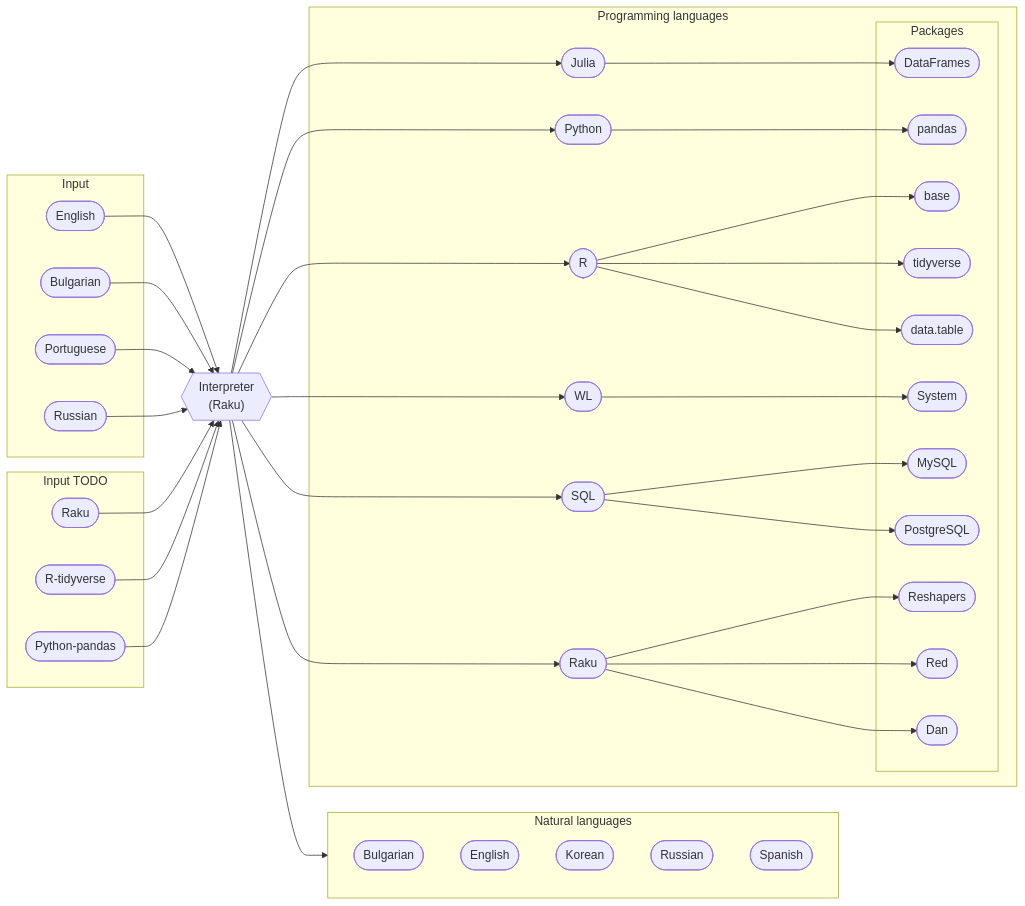
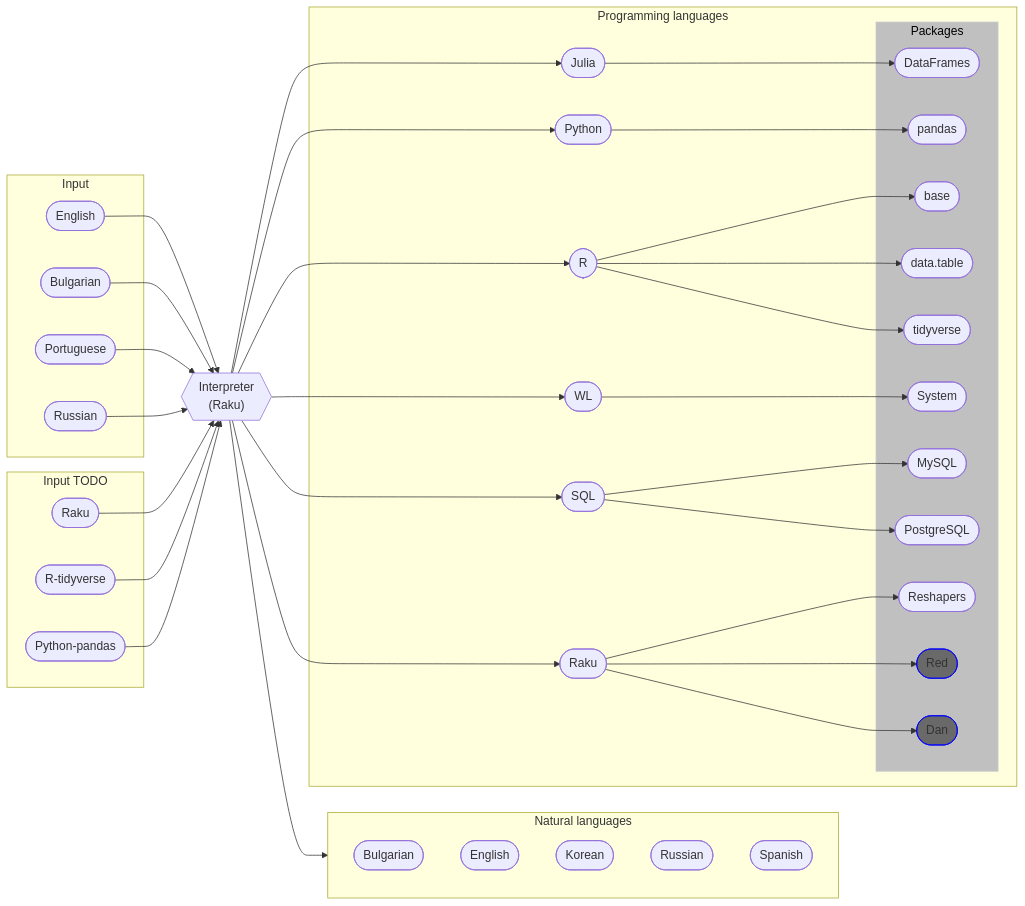
Before and after one commit to antononcube/Raku-DSL-English-DataQueryWorkflows: the diagram in doc/Translations-diagram.md, drawn with Mermaid.

Commit message:
docs:Added TODO nodes decorations. (Not all.)

````diff
--- a/doc/Translations-diagram.md
+++ b/doc/Translations-diagram.md
@@ -27,8 +27,8 @@
     df([DataFrames])
     pandas([pandas])
     r_base([base])
+    r_datatable([data.table])
     r_tidyverse([tidyverse])
-    r_datatable([data.table])
     wl_system([System])
     mysql([MySQL])
     postgres([PostgreSQL])
@@ -44,7 +44,7 @@
         rus_in
     end
 
-    %% Sources
+    %% Sources TODO
     subgraph sources-todo["Input TODO"]
         raku_dsl
         r_tidy
@@ -98,6 +98,7 @@
         wl
         sql
         raku_out
+
         subgraph packages["Packages"]
             df
             pandas
@@ -112,4 +113,13 @@
             dan
         end
     end
+
+    %% ---- Styling ----
+
+    %% Light gray background for packages
+    style packages fill:silver,stroke:#cccccc,color:#000
+
+    %% Dashed borders for Dan and Red
+    style dan stroke:blue, fill:dimgray
+    style red stroke:blue, fill:dimgray
 ```
````
